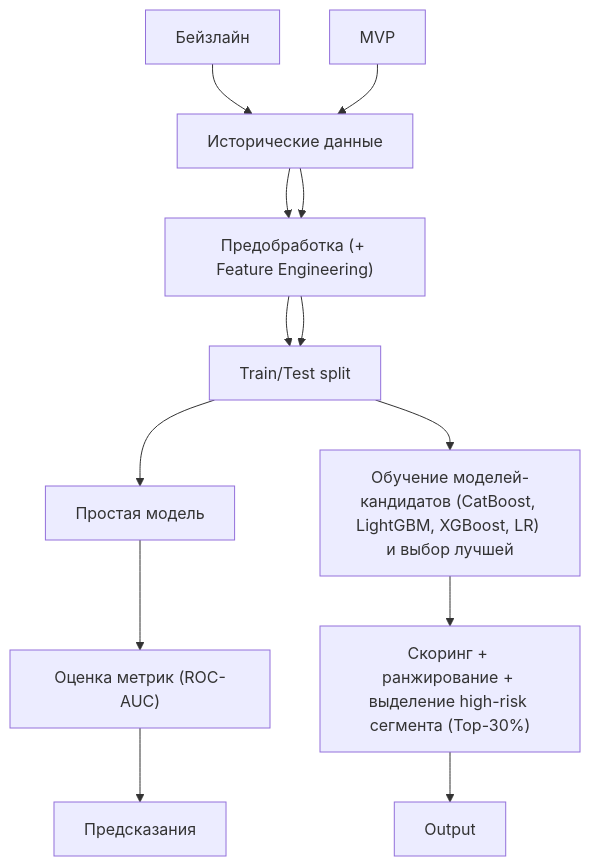
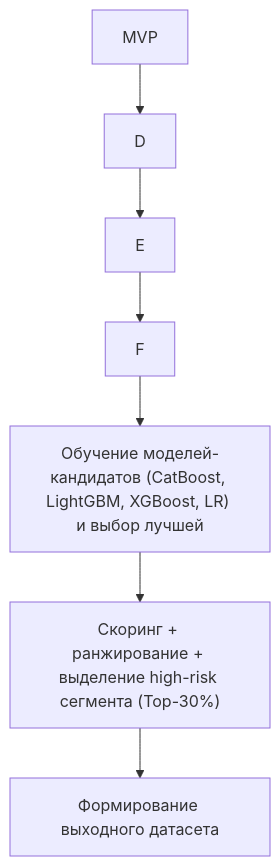
The second of 2 diagrams in docs/ml_system_design_doc.md (ina-ra/booking_cancellation), drawn with Mermaid before and after one commit. The commit also changed other lines of this file, not shown here.

Commit message:
Обновить документацию с новыми блок-схемами
Добавлена блок-схема бейзлайн решения и MVP с ключевыми этапами.

````diff
--- a/docs/ml_system_design_doc.md
+++ b/docs/ml_system_design_doc.md
@@ -151,15 +164,9 @@
 ```mermaid
   flowchart TB
-  B[Бейзлайн] --> D["Исторические данные"]
-  D --> E["Предобработка (+ Feature Engineering)"]
-  E --> F["Train/Test split"]
-  F --> G["Простая модель"]
-  G --> H["Оценка метрик (ROC-AUC)"]
-  H --> I["Предсказания"]
   C[MVP] --> D
   D --> E
   E --> F
   F --> J["Обучение моделей-кандидатов (CatBoost, LightGBM, XGBoost, LR) и выбор лучшей"]
   J --> K["Скоринг + ранжирование + выделение high-risk сегмента (Top-30%)"]
-  K --> L["Output"]
+  K --> L["Формирование выходного датасета"]
 ```
````
